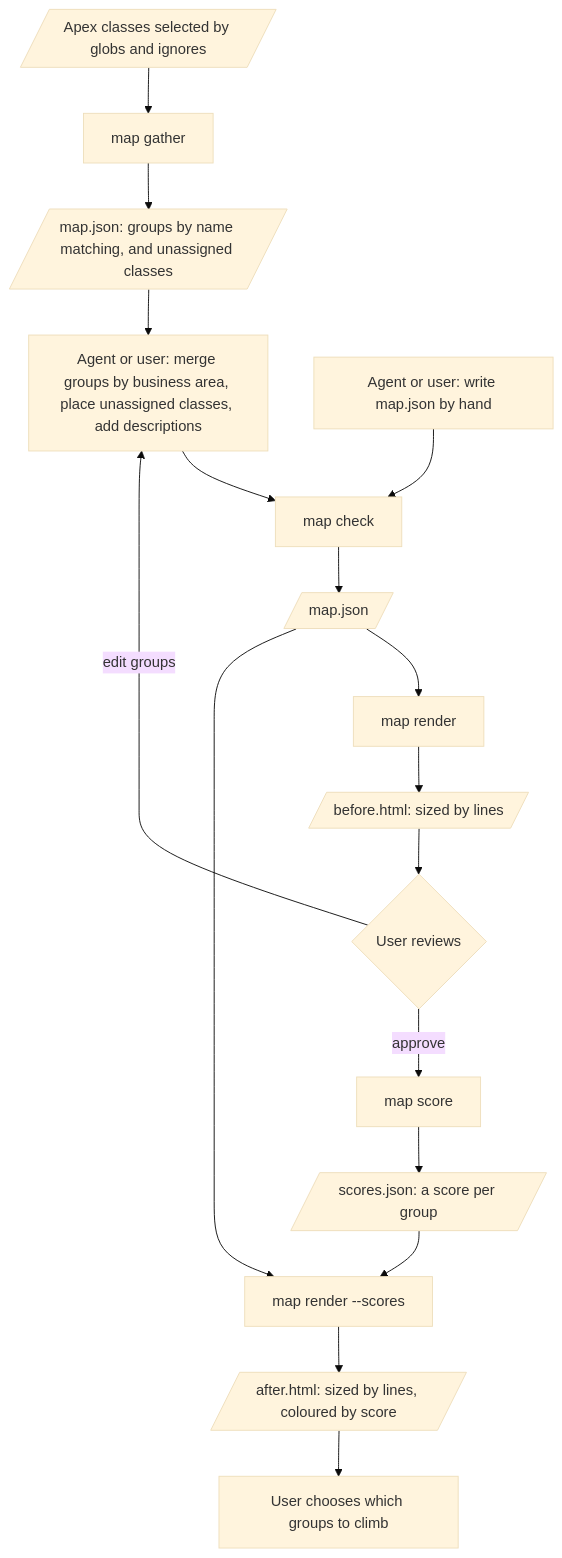
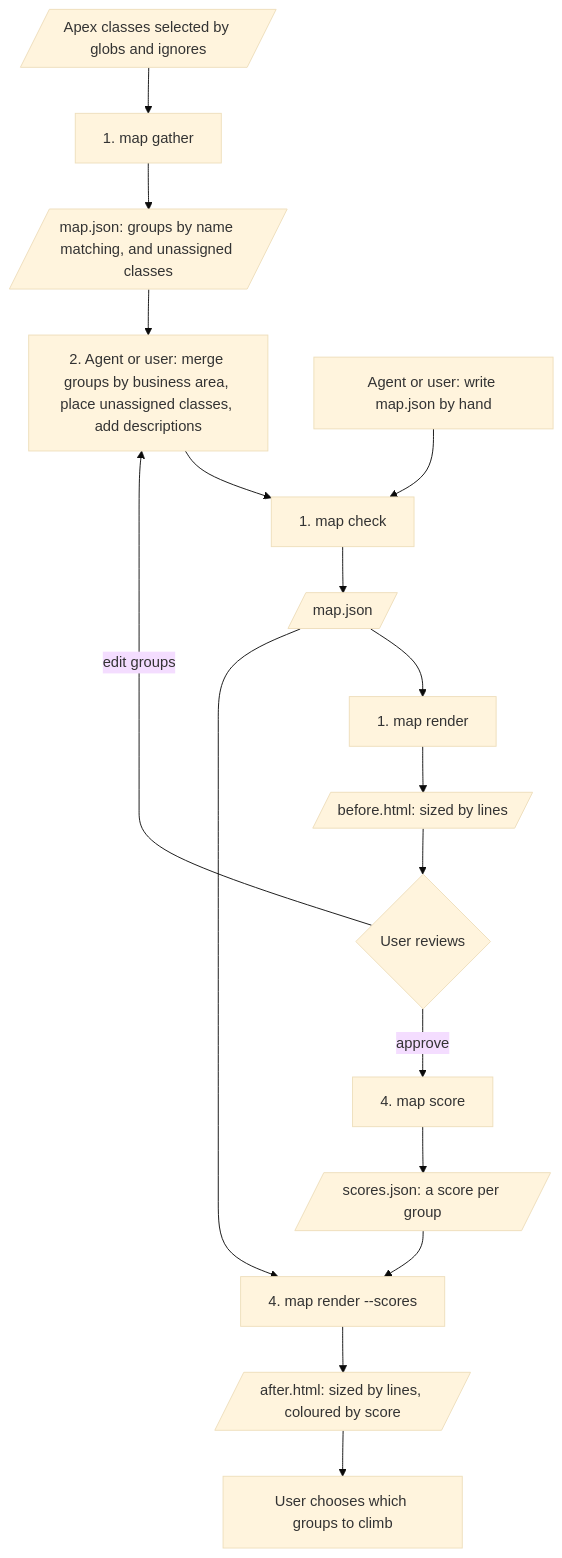
One commit to nextdoc/climber changed the diagram in doc/mapping.md. Above: the diagram before and after it, drawn with Mermaid (base theme). The commit also changed other lines of this file and 10 other files, not shown here.

Commit message:
FEAT make map score collect its inputs once for the whole map and slice them per group, with --fresh to collect again, namespace-free test names in limit parsing, and optional group tags shown as filterable pills on the treemap

````diff
--- a/doc/mapping.md
+++ b/doc/mapping.md
@@ -13,19 +29,19 @@
 ```mermaid
 flowchart TD
-  C[/"Apex classes selected by globs and ignores"/] --> G[map gather]
+  C[/"Apex classes selected by globs and ignores"/] --> G[1. map gather]
   G --> M[/"map.json: groups by name matching, and unassigned classes"/]
-  M --> A[Agent or user: merge groups by business area, place unassigned classes, add descriptions]
-  A --> K[map check]
+  M --> A[2. Agent or user: merge groups by business area, place unassigned classes, add descriptions]
+  A --> K[1. map check]
   H[Agent or user: write map.json by hand] --> K
   K --> M2[/"map.json"/]
-  M2 --> B[map render]
+  M2 --> B[1. map render]
   B --> T[/"before.html: sized by lines"/]
   T --> U{User reviews}
   U -->|edit groups| A
-  U -->|approve| S[map score]
+  U -->|approve| S[4. map score]
   S --> R[/"scores.json: a score per group"/]
-  R --> AF[map render --scores]
+  R --> AF[4. map render --scores]
   M2 --> AF
   AF --> TC[/"after.html: sized by lines, coloured by score"/]
   TC --> P[User chooses which groups to climb]
 ```
````
